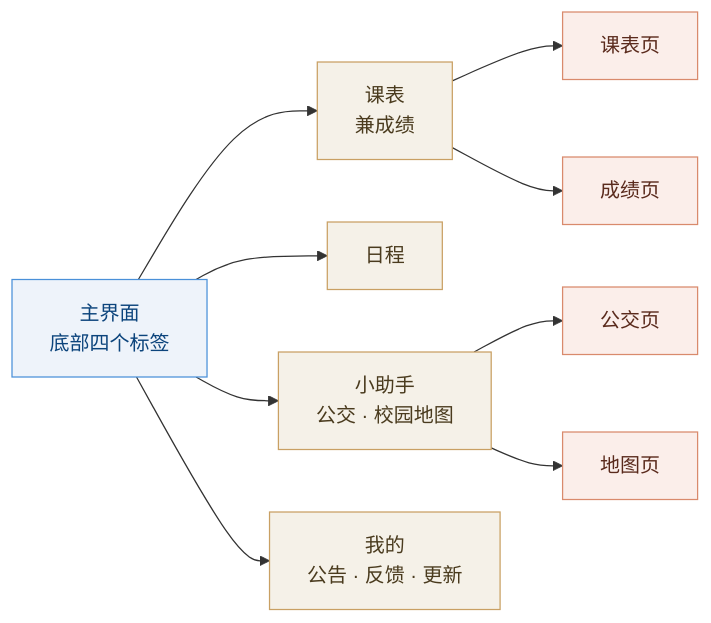
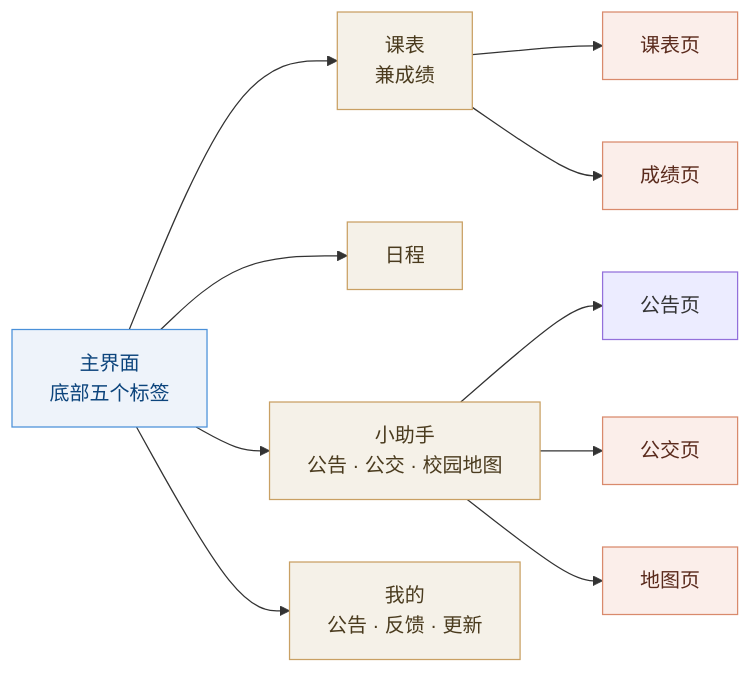
One commit to Aokiisei/-Mimi- changed the third of 3 diagrams in README.md. Above: the diagram before and after it, drawn with Mermaid. The commit also changed other lines of this file and 15 other files, not shown here.

````diff
--- a/README.md
+++ b/README.md
@@ -168,21 +169,22 @@
 ```mermaid
 flowchart LR
-    M["主界面<br/>底部四个标签"]
+    M["主界面<br/>底部五个标签"]
 
     M --> HM["课表<br/>兼成绩"]
     M --> SC["日程"]
-    M --> AS["小助手<br/>公交 · 校园地图"]
+    M --> AS["小助手<br/>公告 · 公交 · 校园地图"]
     M --> PF["我的<br/>公告 · 反馈 · 更新"]
 
     HM --> H1["课表页"]
     HM --> H2["成绩页"]
+    AS --> A0["公告页"]
     AS --> A1["公交页"]
     AS --> A2["地图页"]
 
     classDef bar fill:#EEF3FA,stroke:#4A90D9,color:#0C447C
     classDef frag fill:#F5F1E8,stroke:#C9A063,color:#4A3B1E
     classDef web fill:#FBEEEA,stroke:#D98A6C,color:#5A2A1C
     class M bar
     class HM,SC,AS,PF frag
     class H1,H2,A1,A2 web
 ```
````
